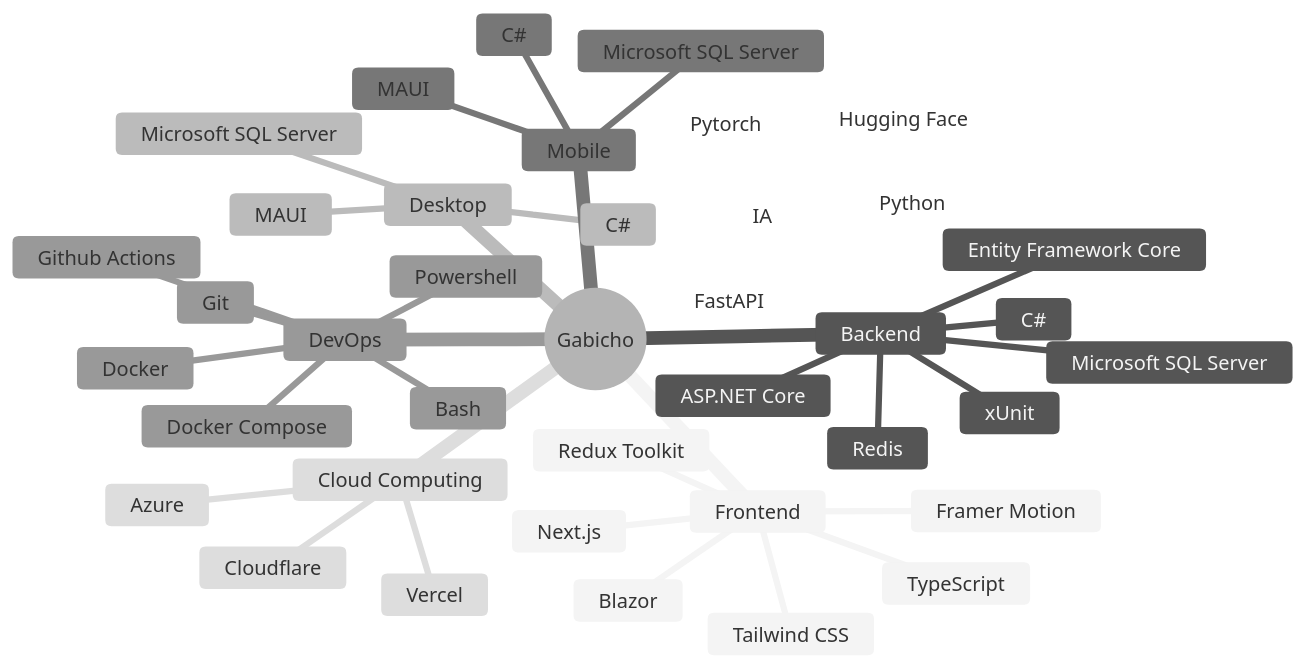
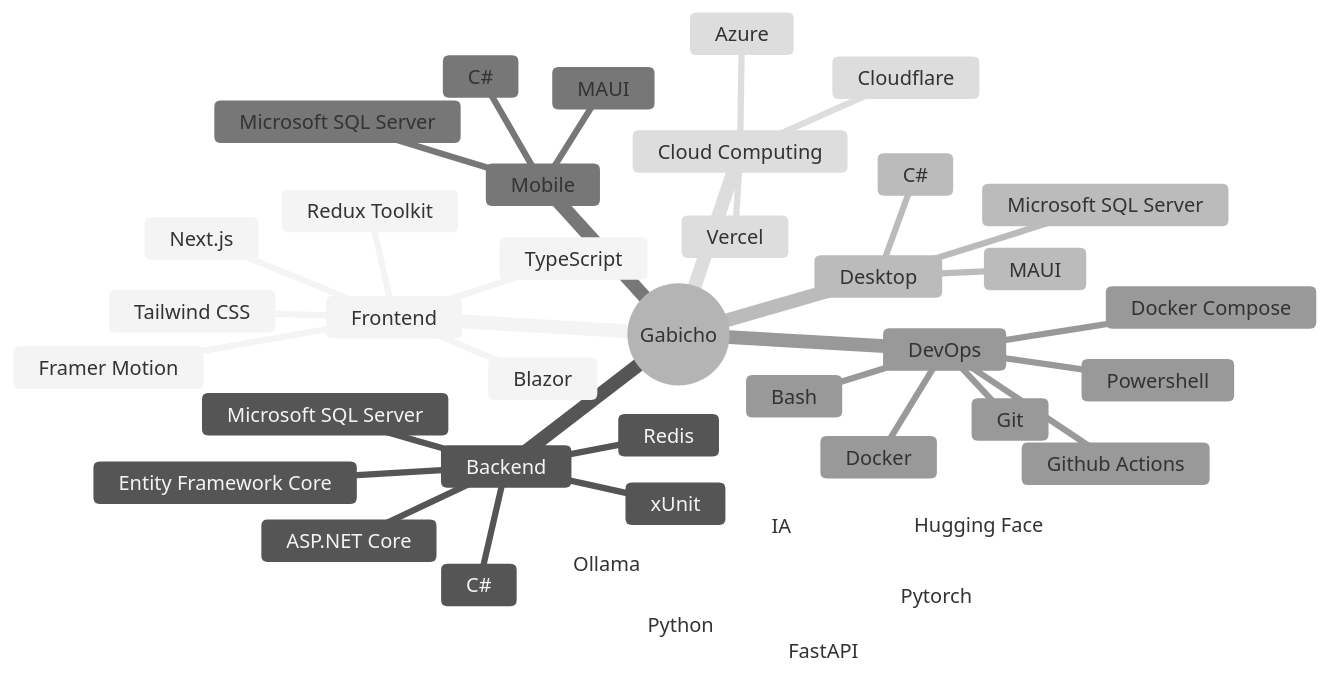
Before and after one commit to ArcGabito/ArcGabito: the diagram in README.md, drawn with Mermaid (neutral theme).

Commit message:
add: agregando ollama

````diff
--- a/README.md
+++ b/README.md
@@ -28,42 +28,43 @@
 ```mermaid
 mindmap
   root((Gabicho))
     Frontend
       Blazor
       Next.js
       TypeScript
       Tailwind CSS
       Redux Toolkit
       Framer Motion
     Backend
       C#
       ASP.NET Core
       Entity Framework Core
       Microsoft SQL Server
       xUnit
       Redis
     Desktop
       C#
       MAUI
       Microsoft SQL Server
     Mobile
       C#
       MAUI
       Microsoft SQL Server
     DevOps
       Powershell
       Bash
       Docker
       Docker Compose
       Github Actions
       Git
     Cloud Computing
       Azure
       Cloudflare
       Vercel
     IA
       Python
       FastAPI
       Pytorch
       Hugging Face
+      Ollama
 ```
````
